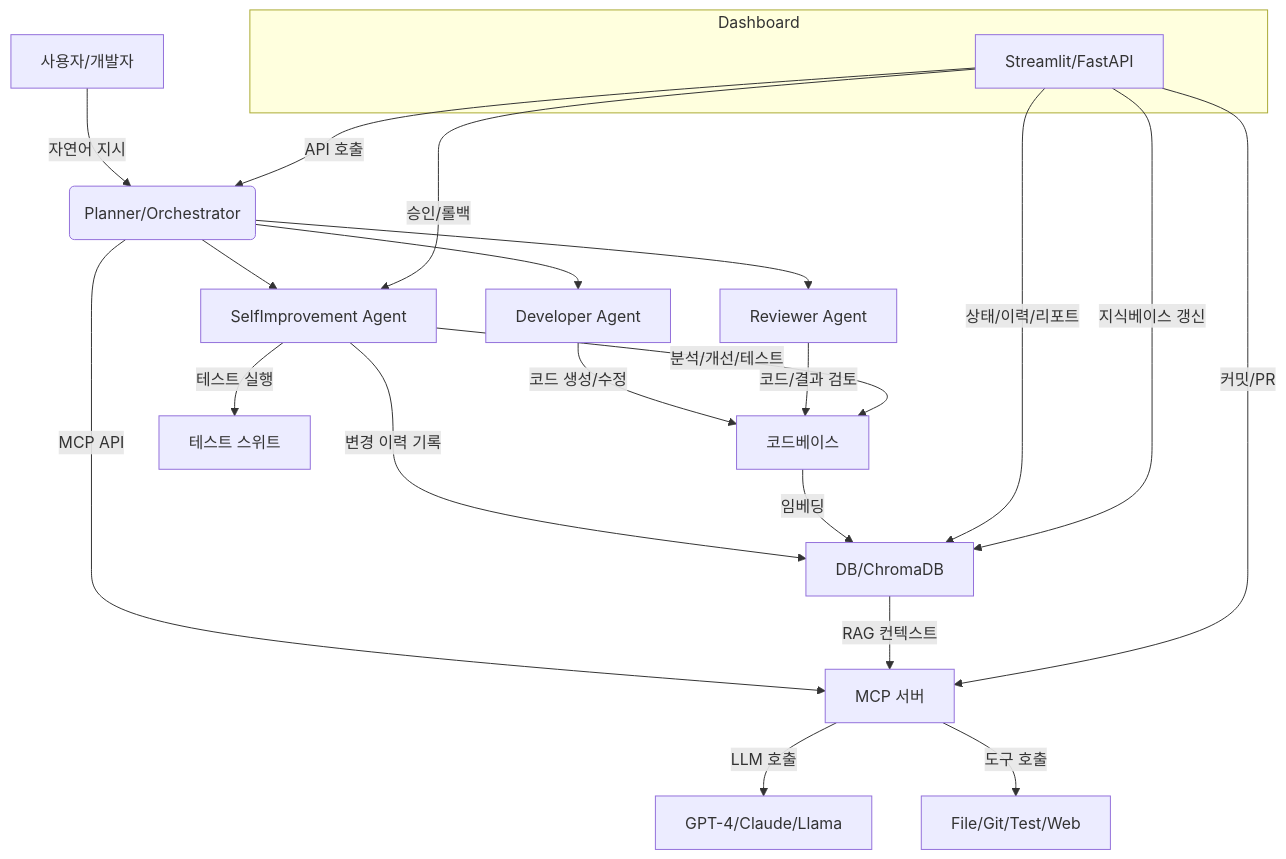
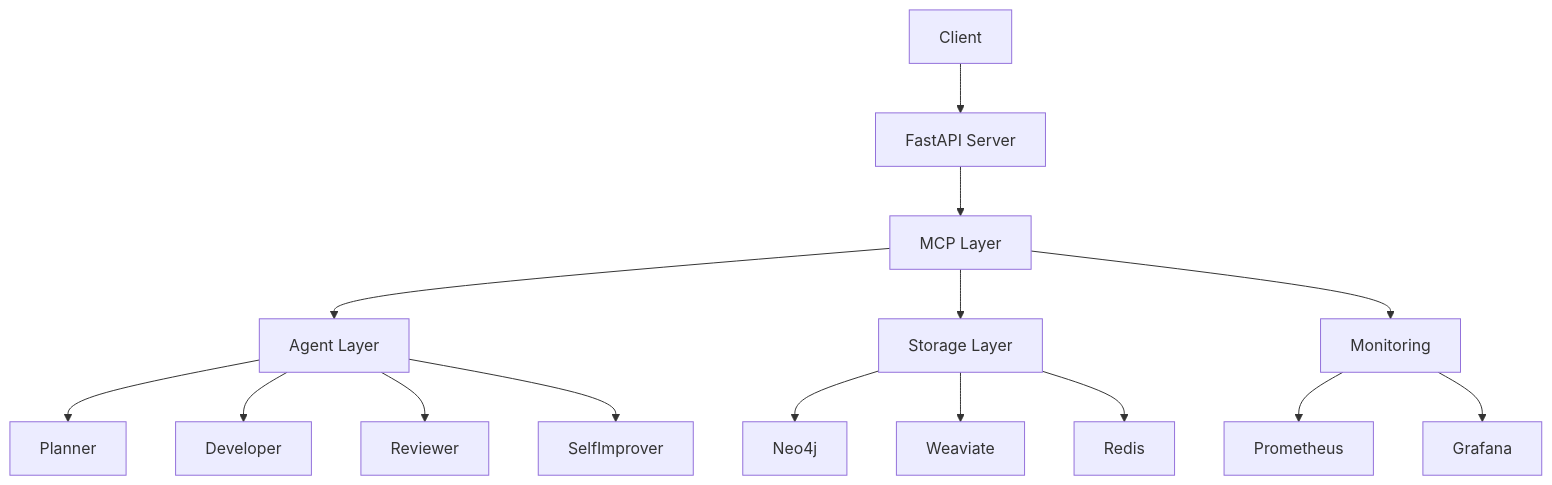
One commit to KyungChan-PARK/palantir changed the diagram in README.md. Above: the diagram before and after it, drawn with Mermaid. The commit also changed other lines of this file and 588 other files, not shown here.

````diff
--- a/README.md
+++ b/README.md
@@ -130,25 +16,17 @@
 ```mermaid
-flowchart TD
-    A[사용자/개발자] -->|자연어 지시| B(Planner/Orchestrator)
-    B --> C1[Developer Agent]
-    B --> C2[Reviewer Agent]
-    B --> C3[SelfImprovement Agent]
-    C1 -->|코드 생성/수정| D[코드베이스]
-    C2 -->|코드/결과 검토| D
-    C3 -->|분석/개선/테스트| D
-    C3 -->|변경 이력 기록| E[DB/ChromaDB]
-    C3 -->|테스트 실행| F[테스트 스위트]
-    B -->|MCP API| G[MCP 서버]
-    G -->|LLM 호출| H1[GPT-4/Claude/Llama]
-    G -->|도구 호출| H2[File/Git/Test/Web]
-    E -->|RAG 컨텍스트| G
-    D -->|임베딩| E
-    subgraph Dashboard
-      I[Streamlit/FastAPI]
-    end
-    I -->|상태/이력/리포트| E
-    I -->|API 호출| B
-    I -->|지식베이스 갱신| E
-    I -->|승인/롤백| C3
-    I -->|커밋/PR| G
+graph TD
+    A[Client] --> B[FastAPI Server]
+    B --> C[MCP Layer]
+    C --> D[Agent Layer]
+    D --> E[Planner]
+    D --> F[Developer]
+    D --> G[Reviewer]
+    D --> H[SelfImprover]
+    C --> I[Storage Layer]
+    I --> J[Neo4j]
+    I --> K[Weaviate]
+    I --> L[Redis]
+    C --> M[Monitoring]
+    M --> N[Prometheus]
+    M --> O[Grafana]
 ```
````
